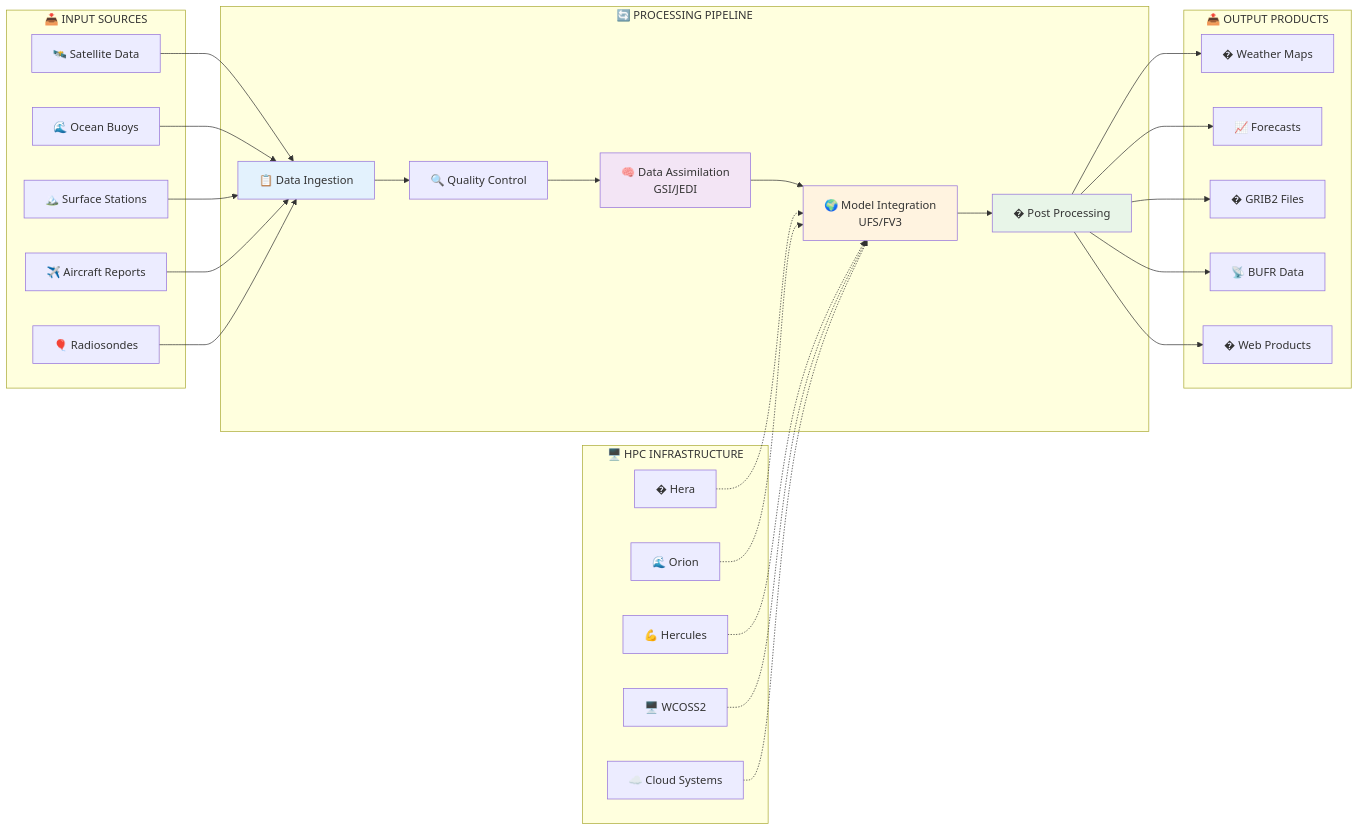
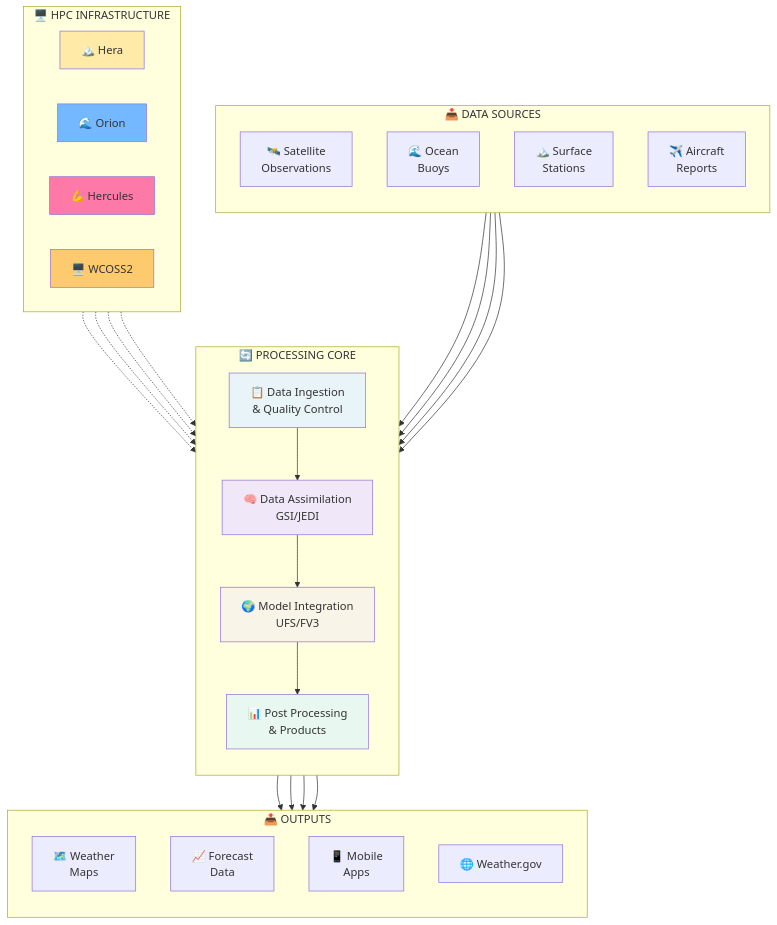
One commit to TerrenceMcGuinness-NOAA/global-workflow changed the first of 3 diagrams in README_global-workflow_STRUCTURE.md. Above: the diagram before and after it, drawn with Mermaid. The commit also changed other lines of this file and 2 other files, not shown here.

````diff
--- a/README_global-workflow_STRUCTURE.md
+++ b/README_global-workflow_STRUCTURE.md
@@ -124,45 +137,49 @@
 ```mermaid
-flowchart LR
-    subgraph "📥 INPUT SOURCES"
-        A[🛰️ Satellite Data]
-        B[🌊 Ocean Buoys]
-        C[🏔️ Surface Stations]
-        D[✈️ Aircraft Reports]
-        E[🎈 Radiosondes]
+flowchart TB
+    subgraph "📥 DATA SOURCES"
+        direction TB
+        A[🛰️ Satellite<br/>Observations]
+        B[🌊 Ocean<br/>Buoys]
+        C[🏔️ Surface<br/>Stations]
+        D[✈️ Aircraft<br/>Reports]
     end
     
-    subgraph "🔄 PROCESSING PIPELINE"
-        F[📋 Data Ingestion]
-        G[🔍 Quality Control]
-        H[🧠 Data Assimilation<br/>GSI/JEDI]
-        I[🌍 Model Integration<br/>UFS/FV3]
-        J[� Post Processing]
+    subgraph "🔄 PROCESSING CORE"
+        direction TB
+        E[📋 Data Ingestion<br/>& Quality Control]
+        F[🧠 Data Assimilation<br/>GSI/JEDI]
+        G[🌍 Model Integration<br/>UFS/FV3]
+        H[📊 Post Processing<br/>& Products]
     end
     
-    subgraph "📤 OUTPUT PRODUCTS"
-        K[�️ Weather Maps]
-        L[📈 Forecasts]
-        M[� GRIB2 Files]
-        N[📡 BUFR Data]
-        O[� Web Products]
+    subgraph "📤 OUTPUTS"
+        direction TB
+        I[🗺️ Weather<br/>Maps]
+        J[📈 Forecast<br/>Data]
+        K[📱 Mobile<br/>Apps]
+        L[🌐 Weather.gov]
     end
     
     subgraph "🖥️ HPC INFRASTRUCTURE"
-        P[�️ Hera]
-        Q[🌊 Orion]
-        R[💪 Hercules]
-        S[🖥️ WCOSS2]
-        T[☁️ Cloud Systems]
+        direction LR
+        M[🏔️ Hera]
+        N[🌊 Orion]
+        O[💪 Hercules]
+        P[🖥️ WCOSS2]
     end
     
-    A & B & C & D & E --> F
-    F --> G --> H --> I --> J
-    J --> K & L & M & N & O
+    A & B & C & D --> E
+    E --> F --> G --> H
+    H --> I & J & K & L
     
-    P & Q & R & S & T -.-> I
+    M & N & O & P -.-> G
     
-    style F fill:#e3f2fd
-    style H fill:#f3e5f5
-    style I fill:#fff3e0
-    style J fill:#e8f5e8
+    style E fill:#e8f4f8
+    style F fill:#f0e8f8
+    style G fill:#f8f4e8
+    style H fill:#e8f8f0
+    style M fill:#ffeaa7
+    style N fill:#74b9ff
+    style O fill:#fd79a8
+    style P fill:#fdcb6e
 ```
````
